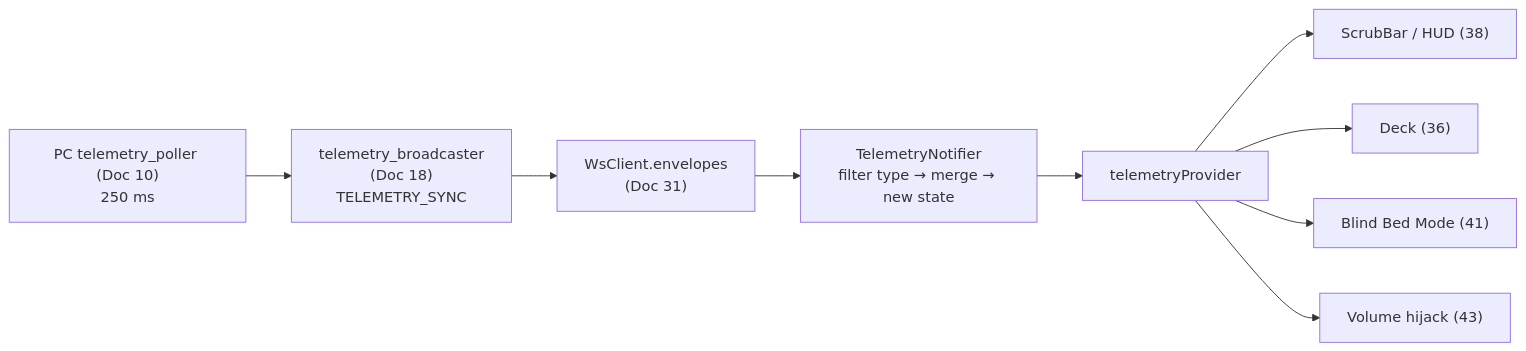
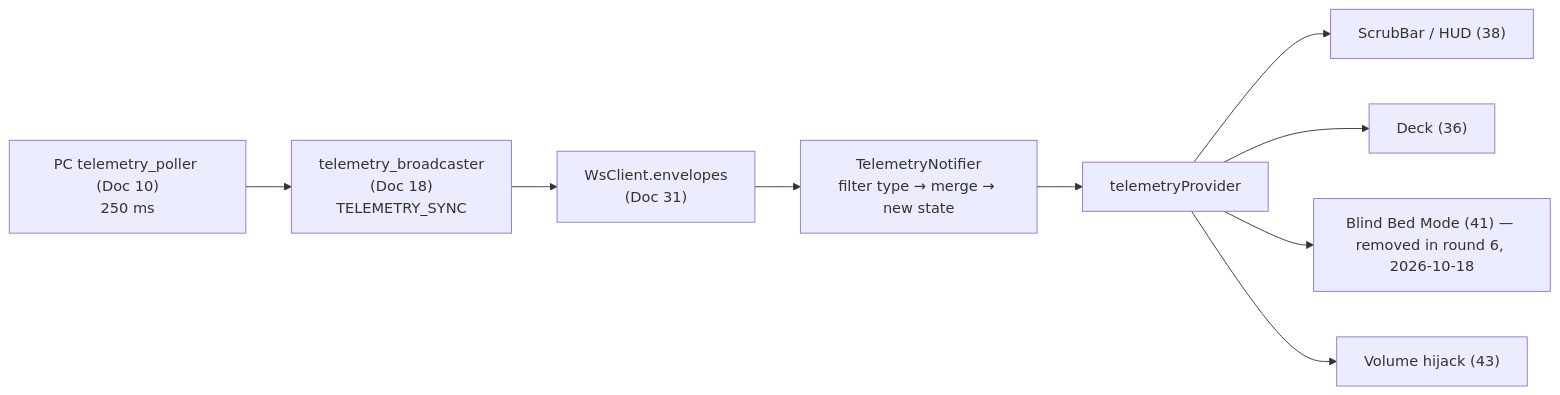
The diagram in plan-series/33_flutter_telemetry_state_provider.md (dananjayahbi/PotPilot), drawn with Mermaid before and after one commit. The commit also changed other lines of this file and 42 other files, not shown here.

````diff
--- a/plan-series/33_flutter_telemetry_state_provider.md
+++ b/plan-series/33_flutter_telemetry_state_provider.md
@@ -89,11 +89,11 @@
 ```mermaid
 flowchart LR
   PC["PC telemetry_poller (Doc 10)\n250 ms"] --> B["telemetry_broadcaster\n(Doc 18)\nTELEMETRY_SYNC"]
   B --> WS["WsClient.envelopes\n(Doc 31)"]
   WS --> N["TelemetryNotifier\nfilter type → merge → new state"]
   N --> P["telemetryProvider"]
   P --> U1["ScrubBar / HUD (38)"]
   P --> U2["Deck (36)"]
-  P --> U3["Blind Bed Mode (41)"]
+  P --> U3["Blind Bed Mode (41) — removed in round 6, 2026-10-18"]
   P --> U4["Volume hijack (43)"]
 ```
````
